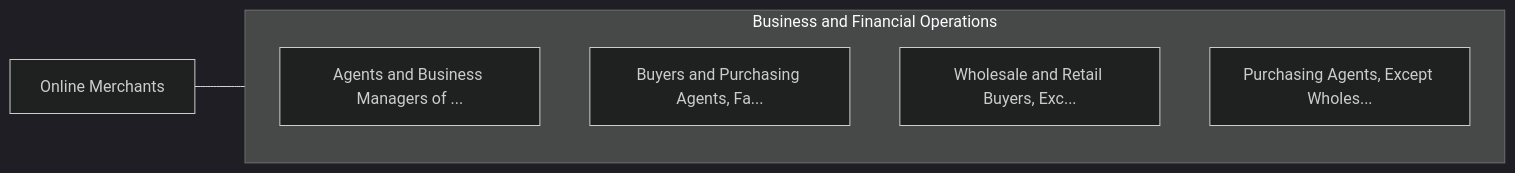
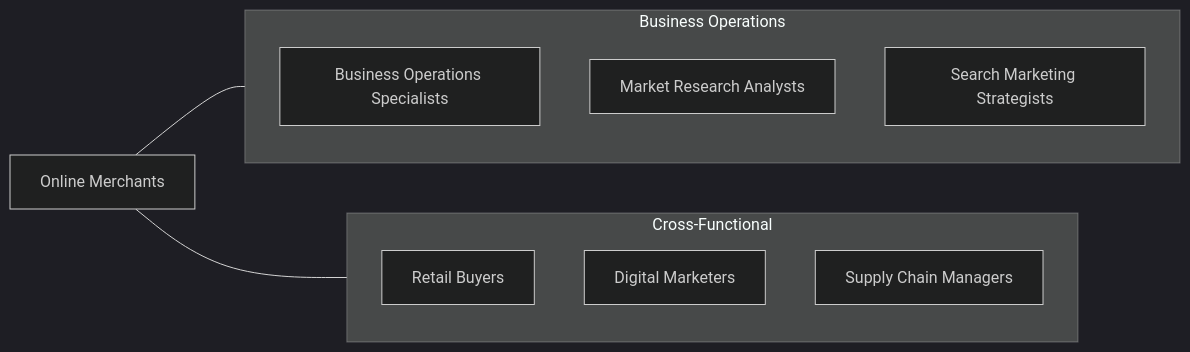
The fourth of 4 diagrams in occupations/Business/OnlineMerchants.mdx (kziemski/business.org.ai), drawn with Mermaid (dark theme) before and after one commit. The commit also changed other lines of this file and 938 other files, not shown here.

````diff
--- a/occupations/Business/OnlineMerchants.mdx
+++ b/occupations/Business/OnlineMerchants.mdx
@@ -104,13 +184,19 @@
 ```mermaid
 graph LR
-    Current["Online Merchants"]
+    OM["Online Merchants"]
 
-    subgraph SameCategory["Business and Financial Operations"]
-        AgentsAndBusinessMan["Agents and Business Managers of ..."]
-        BuyersAndPurchasingA["Buyers and Purchasing Agents, Fa..."]
-        WholesaleAndRetailBu["Wholesale and Retail Buyers, Exc..."]
-        PurchasingAgentsExce["Purchasing Agents, Except Wholes..."]
+    subgraph SameCategory["Business Operations"]
+        BOS["Business Operations Specialists"]
+        MRA["Market Research Analysts"]
+        SMS["Search Marketing Strategists"]
     end
 
-    Current --- SameCategory
+    subgraph CrossFunctional["Cross-Functional"]
+        RB["Retail Buyers"]
+        DM["Digital Marketers"]
+        SCM["Supply Chain Managers"]
+    end
+
+    OM --- SameCategory
+    OM --- CrossFunctional
 ```
````
